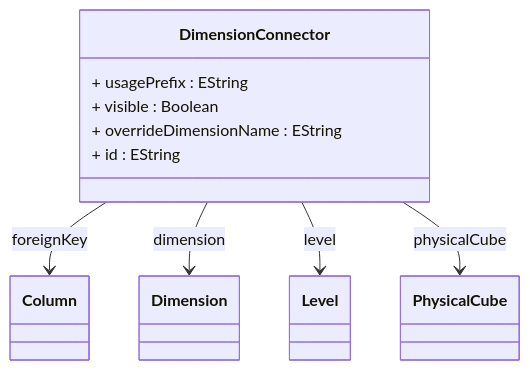
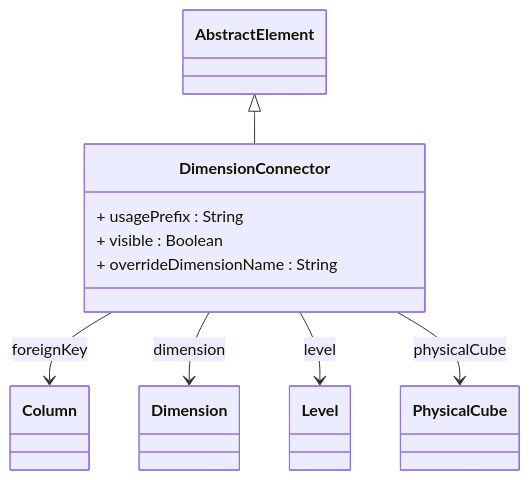
Before and after one commit to eclipse-daanse/eclipse-daanse.github.io: the diagram in docs/cubeserver/model/class-DimensionConnector.md, drawn with Mermaid. The commit also changed other lines of this file and 138 other files, not shown here.

````diff
--- a/docs/cubeserver/model/class-DimensionConnector.md
+++ b/docs/cubeserver/model/class-DimensionConnector.md
@@ -137,16 +130,15 @@
 ```mermaid
 classDiagram
   class DimensionConnector {
-    + usagePrefix : EString
+    + usagePrefix : String
     + visible : Boolean
-    + overrideDimensionName : EString
-    + id : EString
+    + overrideDimensionName : String
   }
 
-
+  AbstractElement <|-- DimensionConnector
   DimensionConnector --> Column : foreignKey
   DimensionConnector --> Dimension : dimension
   DimensionConnector --> Level : level
   DimensionConnector --> PhysicalCube : physicalCube
 
 ```
````
